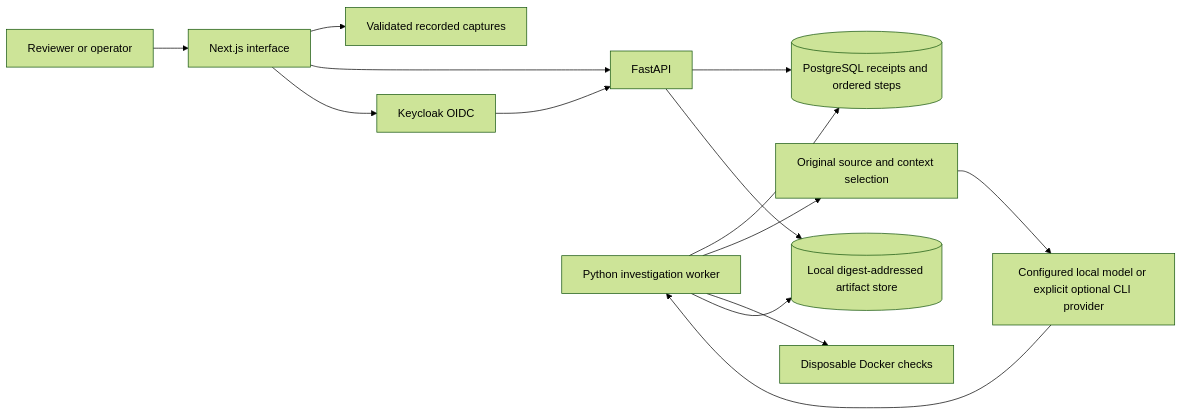
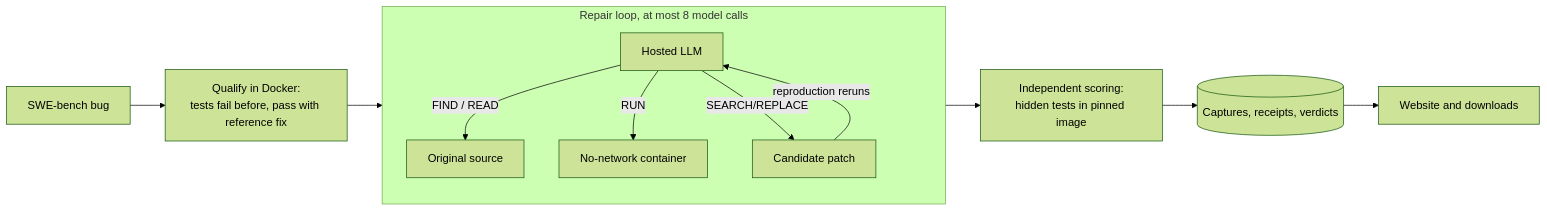
Before and after one commit to Gaurav711cgu/kairos-agents: the diagram in README.md, drawn with Mermaid (forest theme). The commit also changed other lines of this file and 268 other files, not shown here.

````diff
--- a/README.md
+++ b/README.md
@@ -136,16 +66,14 @@
 ```mermaid
 flowchart LR
-    Visitor[Reviewer or operator] --> Web[Next.js interface]
-    Web --> Saved[Validated recorded captures]
-    Web --> API[FastAPI]
-    Web --> Identity[Keycloak OIDC]
-    Identity --> API
-    API --> DB[(PostgreSQL receipts and ordered steps)]
-    Worker[Python investigation worker] --> DB
-    Worker --> Context[Original source and context selection]
-    Context --> Model[Configured local model or explicit optional CLI provider]
-    Model --> Worker
-    Worker --> Verify[Disposable Docker checks]
-    Worker --> Blobs[(Local digest-addressed artifact store)]
-    API --> Blobs
+    Bug[SWE-bench bug] --> Qualify[Qualify in Docker:<br/>tests fail before, pass with reference fix]
+    Qualify --> Loop[Repair loop]
+    subgraph Loop[Repair loop, at most 8 model calls]
+      Model[Hosted LLM] -->|FIND / READ| Source[Original source]
+      Model -->|RUN| Sandbox[No-network container]
+      Model -->|SEARCH/REPLACE| Patch[Candidate patch]
+      Patch -->|reproduction reruns| Model
+    end
+    Loop --> Score[Independent scoring:<br/>hidden tests in pinned image]
+    Score --> Evidence[(Captures, receipts, verdicts)]
+    Evidence --> Web[Website and downloads]
 ```
````
